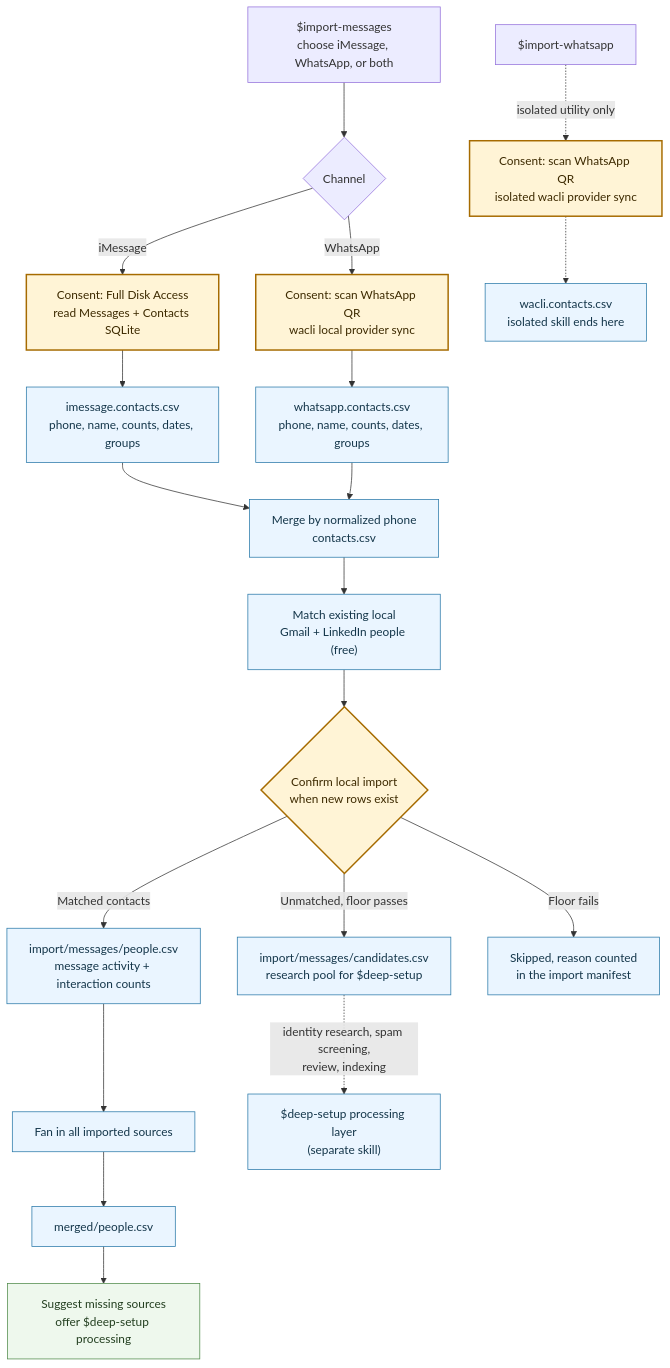
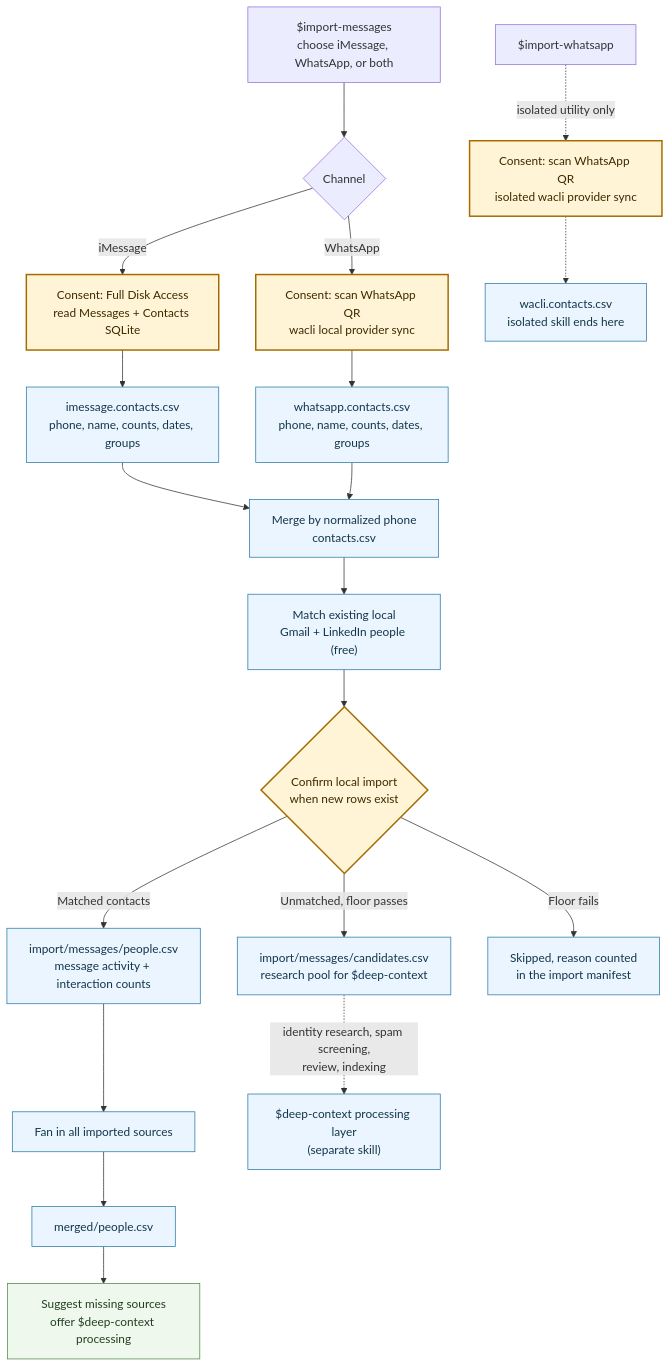
One commit to powerset-co/powerpacks changed the diagram in packs/ingestion/docs/message-import-pipeline.md. Above: the diagram before and after it, drawn with Mermaid. The commit also changed other lines of this file and 36 other files, not shown here.

Commit message:
feat: unify deep context review workflow

````diff
--- a/packs/ingestion/docs/message-import-pipeline.md
+++ b/packs/ingestion/docs/message-import-pipeline.md
@@ -45,30 +45,30 @@
 ```mermaid
 flowchart TD
     A["$import-messages<br/>choose iMessage, WhatsApp, or both"] --> B{"Channel"}
     B -->|iMessage| C["Consent: Full Disk Access<br/>read Messages + Contacts SQLite"]
     B -->|WhatsApp| D["Consent: scan WhatsApp QR<br/>wacli local provider sync"]
     C --> E["imessage.contacts.csv<br/>phone, name, counts, dates, groups"]
     D --> F["whatsapp.contacts.csv<br/>phone, name, counts, dates, groups"]
     E --> G["Merge by normalized phone<br/>contacts.csv"]
     F --> G
 
     G --> H["Match existing local<br/>Gmail + LinkedIn people (free)"]
     H --> P{"Confirm local import<br/>when new rows exist"}
     P -->|Matched contacts| Q["import/messages/people.csv<br/>message activity + interaction counts"]
-    P -->|Unmatched, floor passes| Q1["import/messages/candidates.csv<br/>research pool for $deep-setup"]
+    P -->|Unmatched, floor passes| Q1["import/messages/candidates.csv<br/>research pool for $deep-context"]
     P -->|Floor fails| Q2["Skipped, reason counted<br/>in the import manifest"]
 
     Q --> R["Fan in all imported sources"]
     R --> S["merged/people.csv"]
-    S --> T["Suggest missing sources<br/>offer $deep-setup processing"]
-    Q1 -. "identity research, spam screening,<br/>review, indexing" .-> U["$deep-setup processing layer<br/>(separate skill)"]
+    S --> T["Suggest missing sources<br/>offer $deep-context processing"]
+    Q1 -. "identity research, spam screening,<br/>review, indexing" .-> U["$deep-context processing layer<br/>(separate skill)"]
 
     W["$import-whatsapp"] -. "isolated utility only" .-> D0["Consent: scan WhatsApp QR<br/>isolated wacli provider sync"]
     D0 -.-> X["wacli.contacts.csv<br/>isolated skill ends here"]
     classDef gate fill:#fff4d6,stroke:#a66b00,color:#3d2a00,stroke-width:2px;
     classDef local fill:#eaf5ff,stroke:#2878a8,color:#14364a;
     classDef output fill:#eef8ed,stroke:#4f8a49,color:#233f20;
     class C,D,D0,P gate;
     class E,F,G,H,Q,Q1,Q2,R,S,U,X local;
     class T output;
 ```
````
